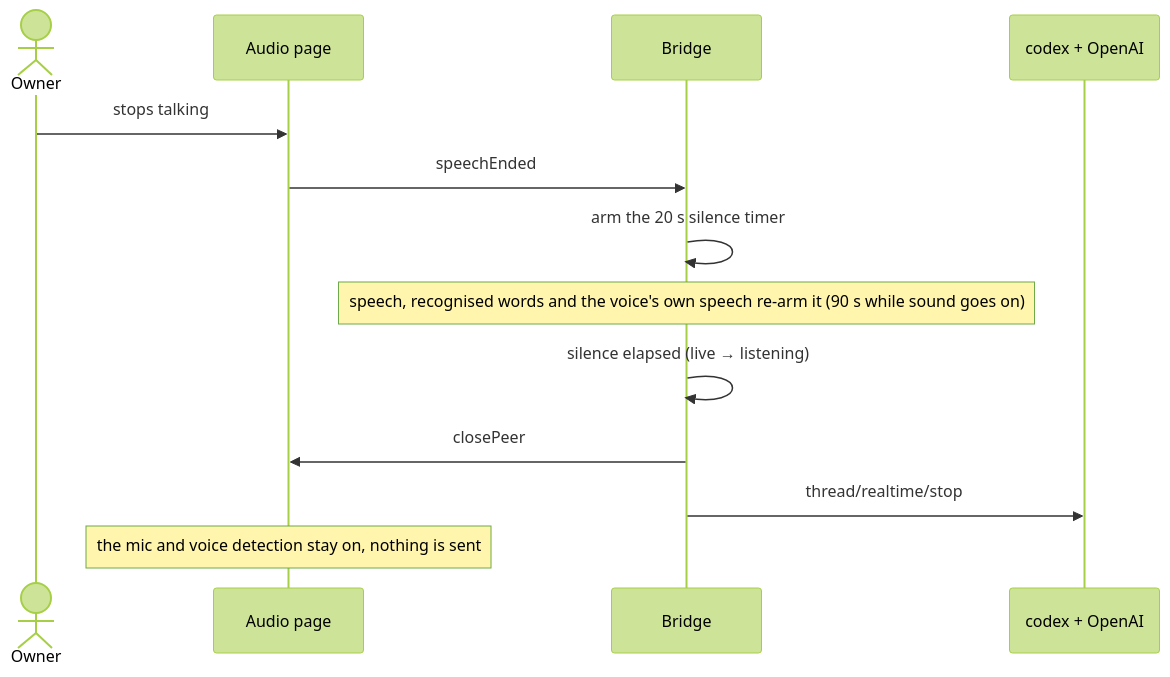
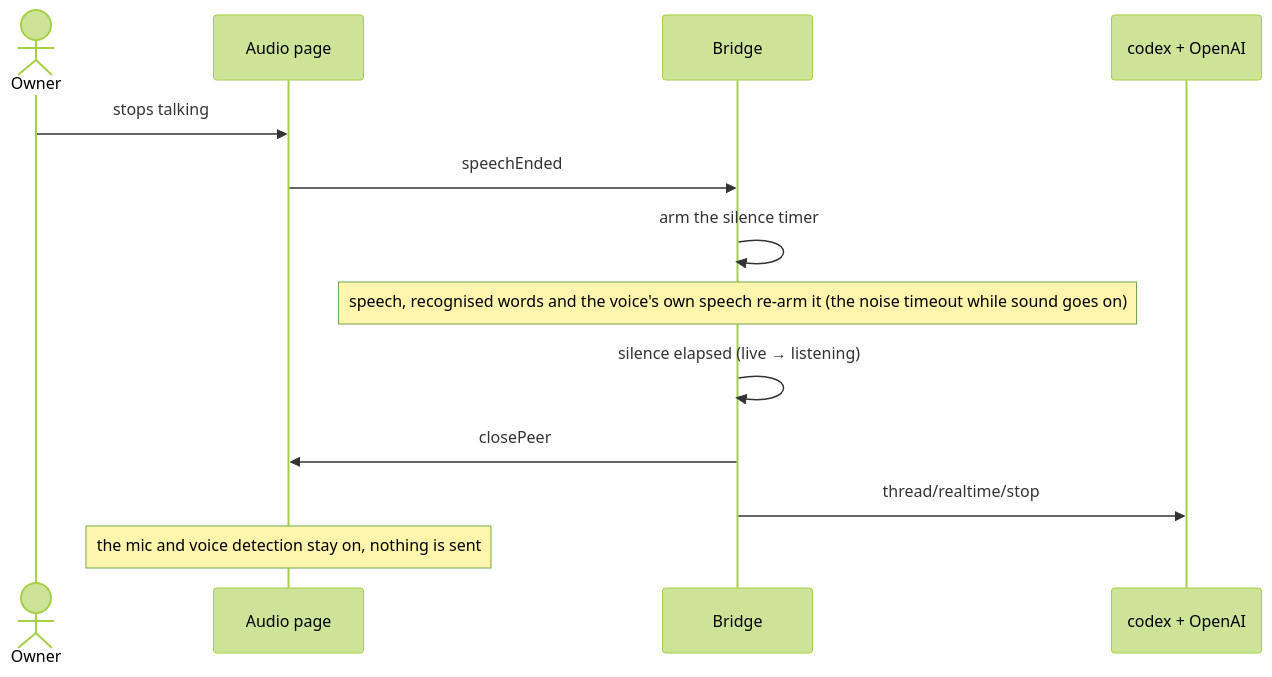
One commit to Nezhinskiy/claude-gpt-live-bridge changed the third of 8 diagrams in docs/architecture/overview.md. Above: the diagram before and after it, drawn with Mermaid (forest theme). The commit also changed other lines of this file and 8 other files, not shown here.

````diff
--- a/docs/architecture/overview.md
+++ b/docs/architecture/overview.md
@@ -271,15 +273,15 @@
 ```mermaid
 sequenceDiagram
   actor Owner
   participant Page as Audio page
   participant Bridge
   participant Codex as codex + OpenAI
   Owner->>Page: stops talking
   Page->>Bridge: speechEnded
-  Bridge->>Bridge: arm the 20 s silence timer
-  Note over Bridge: speech, recognised words and the voice's own speech re-arm it (90 s while sound goes on)
+  Bridge->>Bridge: arm the silence timer
+  Note over Bridge: speech, recognised words and the voice's own speech re-arm it (the noise timeout while sound goes on)
   Bridge->>Bridge: silence elapsed (live → listening)
   Bridge->>Page: closePeer
   Bridge->>Codex: thread/realtime/stop
   Note over Page: the mic and voice detection stay on, nothing is sent
 ```
````
